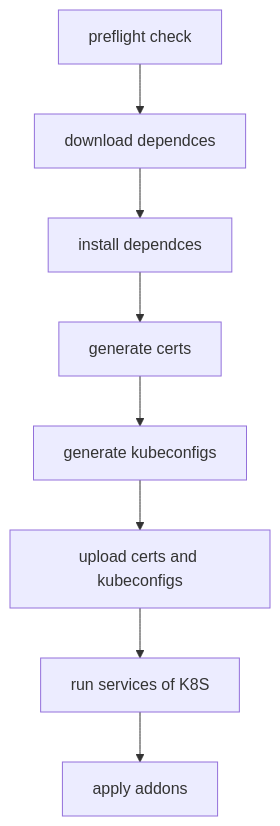
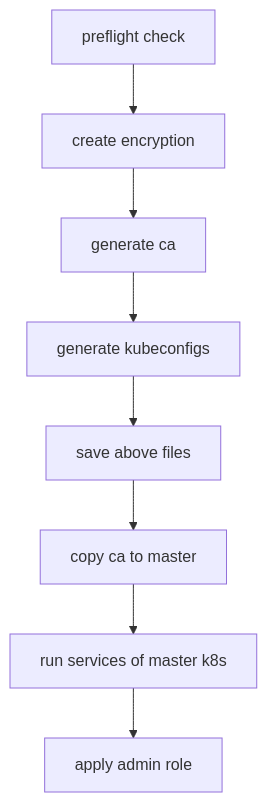
One commit to openeuler-mirror/eggo changed the sixth of 12 diagrams in docs/general_design_raw.md. Above: the diagram before and after it, drawn with Mermaid. The commit also changed other lines of this file and 8 other files, not shown here.

````diff
--- a/docs/general_design_raw.md
+++ b/docs/general_design_raw.md
@@ -111,10 +106,10 @@
 ```mermaid
 graph TD
-	O[preflight check] --> A[download dependces]
-	A --> B[install dependces]
-	B --> C[generate certs]
-	C --> D[generate kubeconfigs]
-	D --> E[upload certs and kubeconfigs]
-	E --> F[run services of K8S]
-	F --> G[apply addons]
+	O[preflight check] --> A[create encryption]
+	A --> B[generate ca]
+	B --> C[generate kubeconfigs]
+	C --> D[save above files]
+	D --> E[copy ca to master]
+	E --> F[run services of master k8s]
+	F --> G[apply admin role]
 ```
````
